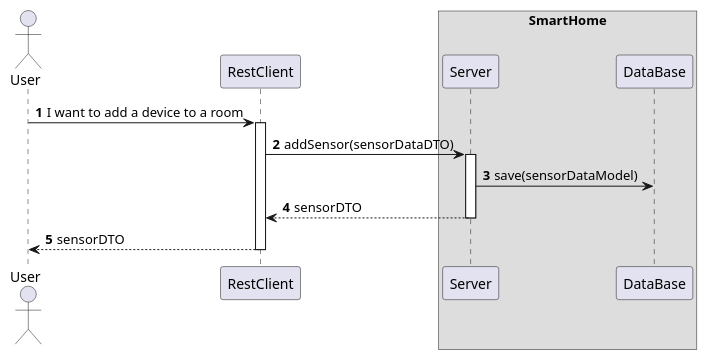
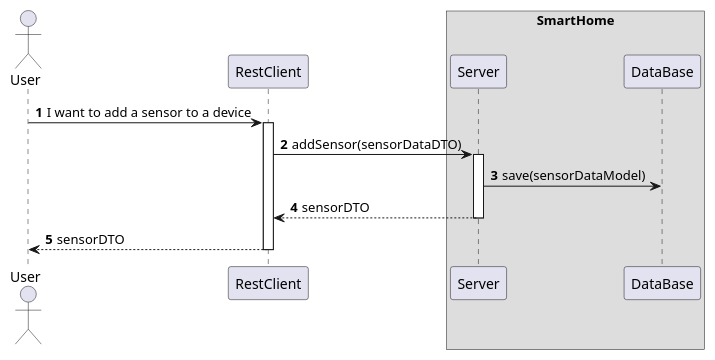
The diagram in docs/ooa/C4_4plus1_models/Level3/ProcessView/ProcessViewLevel3_UC07.puml (olivDiogo/SmartHome), drawn with PlantUML before and after one commit.

Commit message:
fix ProcessViewLevel3 UC07 #468

```diff
--- a/docs/ooa/C4_4plus1_models/Level3/ProcessView/ProcessViewLevel3_UC07.puml
+++ b/docs/ooa/C4_4plus1_models/Level3/ProcessView/ProcessViewLevel3_UC07.puml
@@ -1,31 +1,31 @@
 @startuml
 'https://plantuml.com/sequence-diagram
 !pragma layout smetana
 
 autonumber
 
 actor "User" as User
 participant "RestClient" as RC
 
 box "SmartHome"
     participant "Server" as SV
     participant "DataBase" as BD
 end box
 
-User -> RC : I want to add a device to a room
+User -> RC : I want to add a sensor to a device
 activate RC
 
 RC -> SV : addSensor(sensorDataDTO)
 activate SV
 
 SV -> BD : save(sensorDataModel)
 
 
 SV --> RC : sensorDTO
 deactivate SV
 
 RC --> User : sensorDTO
 deactivate RC
 
 
 @enduml
```
